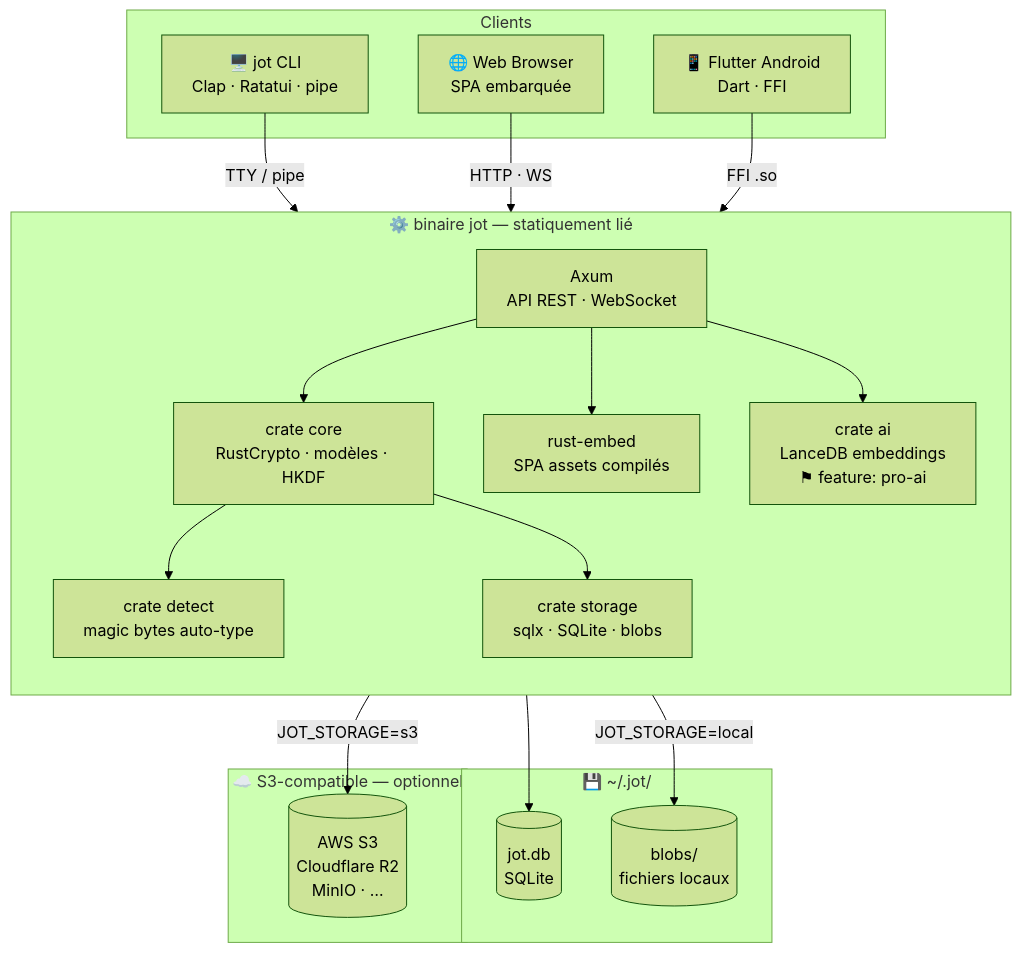
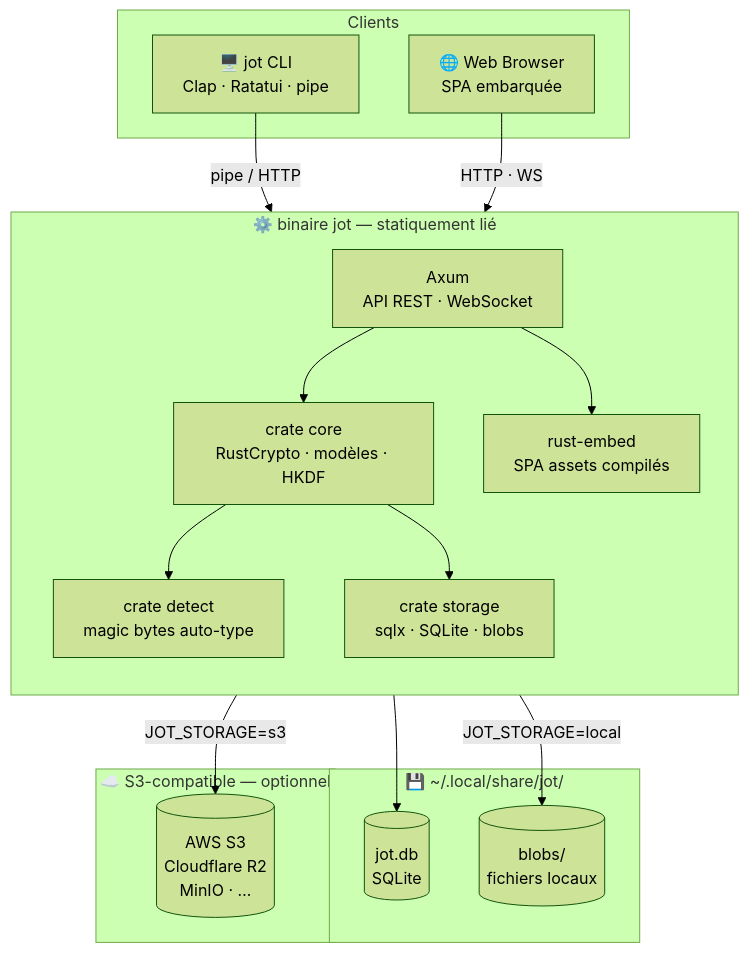
One commit to jacquesh82/jot changed the diagram in README.md. Above: the diagram before and after it, drawn with Mermaid (forest theme). The commit also changed other lines of this file and 9 other files, not shown here.

````diff
--- a/README.md
+++ b/README.md
@@ -88,40 +89,36 @@
 ```mermaid
 graph TB
     subgraph Clients
         CLI["🖥️ jot CLI\nClap · Ratatui · pipe"]
         WEB["🌐 Web Browser\nSPA embarquée"]
-        MOBILE["📱 Flutter Android\nDart · FFI"]
     end
 
     subgraph BIN["⚙️ binaire jot  —  statiquement lié"]
         direction TB
         AXUM["Axum\nAPI REST · WebSocket"]
         EMBED["rust-embed\nSPA assets compilés"]
         CORE["crate core\nRustCrypto · modèles · HKDF"]
         DETECT["crate detect\nmagic bytes auto-type"]
         STORAGE["crate storage\nsqlx · SQLite · blobs"]
-        AI["crate ai\nLanceDB embeddings\n⚑ feature: pro-ai"]
     end
 
-    subgraph LOCAL["💾 ~/.jot/"]
+    subgraph LOCAL["💾 ~/.local/share/jot/"]
         DB[("jot.db\nSQLite")]
         BLOBS[("blobs/\nfichiers locaux")]
     end
 
     subgraph S3["☁️ S3-compatible  —  optionnel"]
         S3SVC[("AWS S3\nCloudflare R2\nMinIO · …")]
     end
 
-    CLI -->|TTY / pipe| AXUM
+    CLI -->|pipe / HTTP| AXUM
     WEB -->|HTTP · WS| AXUM
-    MOBILE -->|FFI .so| CORE
 
     AXUM --> CORE
     AXUM --> EMBED
-    AXUM --> AI
     CORE --> DETECT
     CORE --> STORAGE
     STORAGE --> DB
     STORAGE -->|JOT_STORAGE=local| BLOBS
     STORAGE -->|JOT_STORAGE=s3| S3SVC
 ```
````
